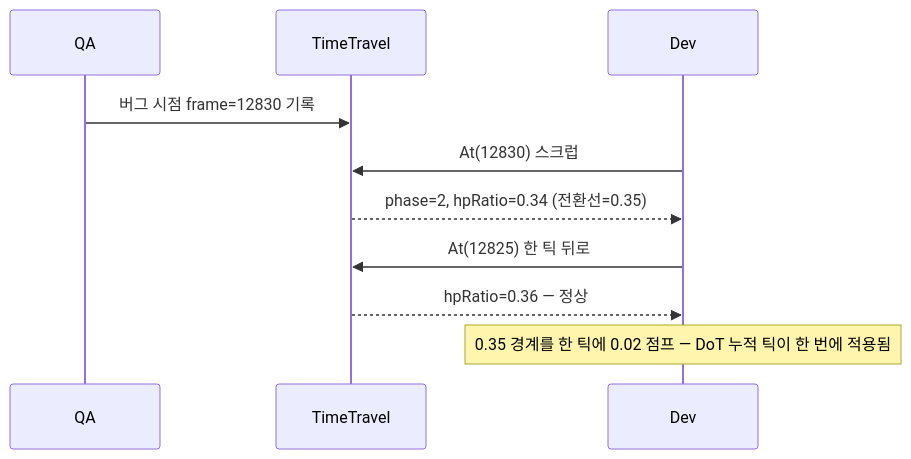
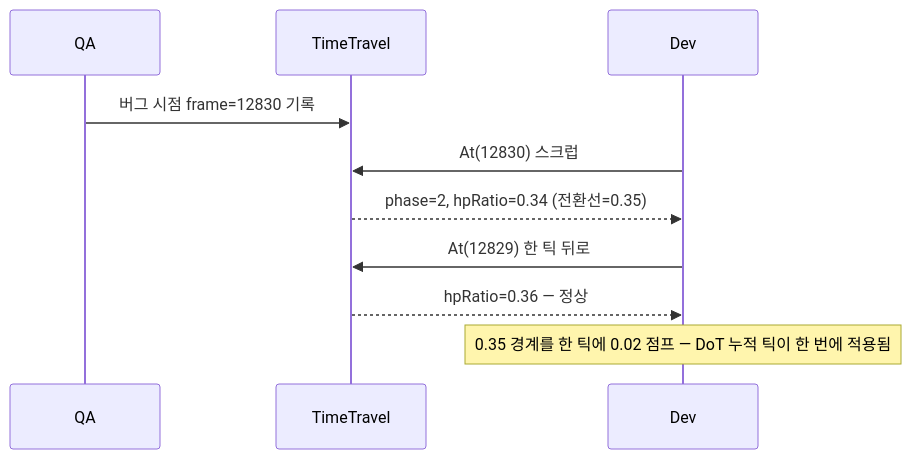
One commit to Rein-ArXiv/game-dev-curriculum changed the seventh of 11 diagrams in ai/part20_ai_debugging.md. Above: the diagram before and after it, drawn with Mermaid. The commit also changed 95 other files, not shown here.

````diff
--- a/ai/part20_ai_debugging.md
+++ b/ai/part20_ai_debugging.md
@@ -370,12 +370,12 @@
 ```mermaid
 sequenceDiagram
     participant QA
     participant TT as TimeTravel
     participant Dev
     QA->>TT: 버그 시점 frame=12830 기록
     Dev->>TT: At(12830) 스크럽
     TT-->>Dev: phase=2, hpRatio=0.34 (전환선=0.35)
-    Dev->>TT: At(12825) 한 틱 뒤로
+    Dev->>TT: At(12829) 한 틱 뒤로
     TT-->>Dev: hpRatio=0.36 — 정상
     Note over Dev: 0.35 경계를 한 틱에 0.02 점프 — DoT 누적 틱이 한 번에 적용됨
 ```
````
